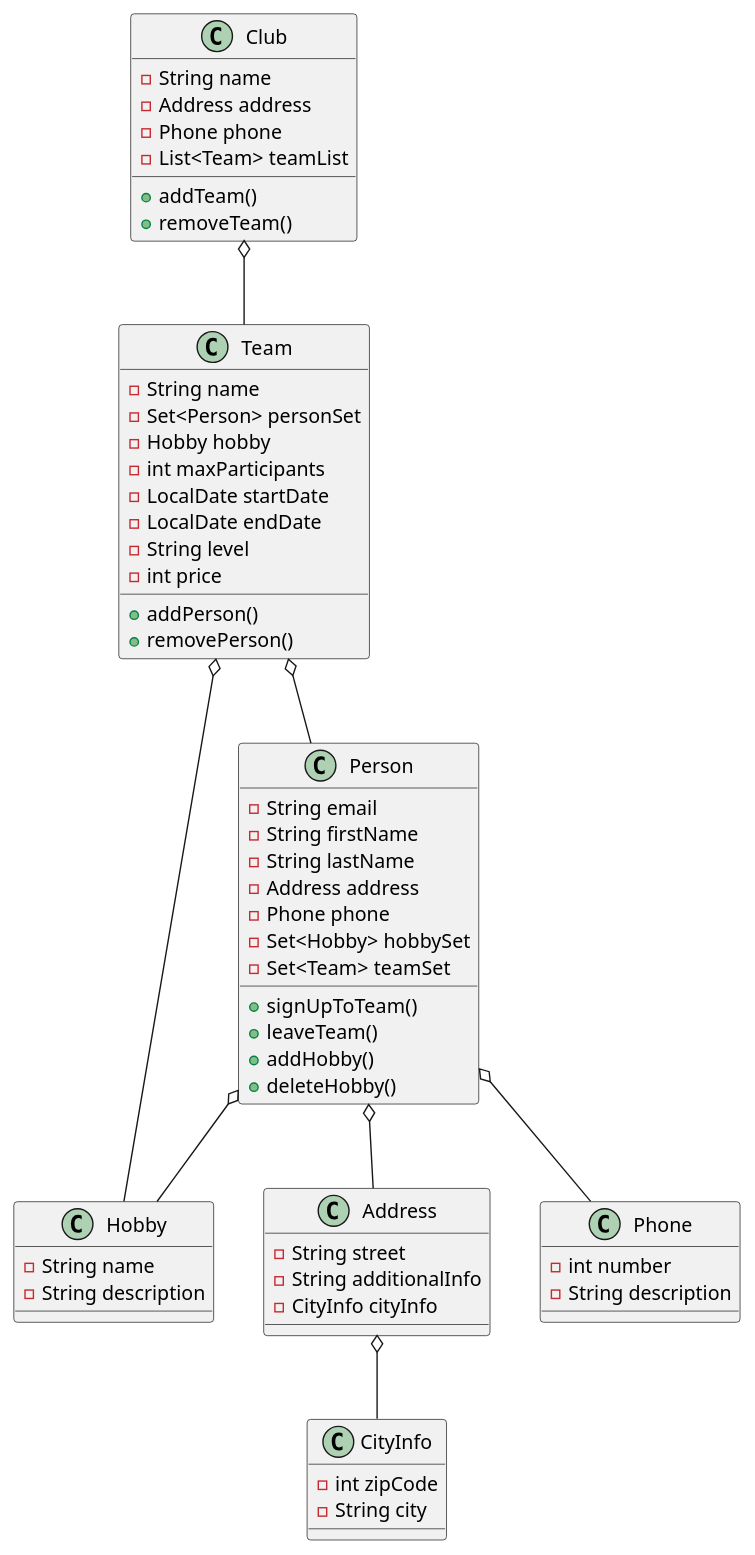
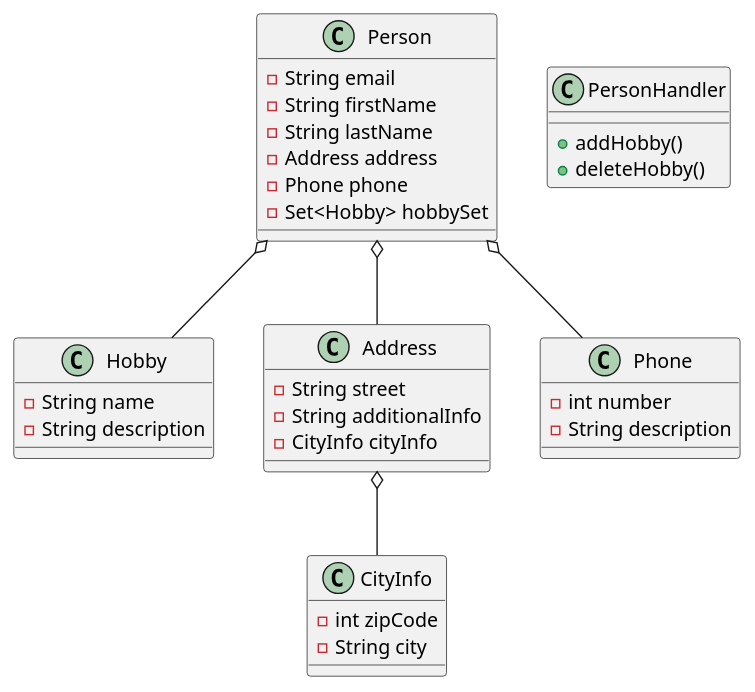
Before and after one commit to betuliskender/CA-1: the diagram in src/main/resources/diagrams/classdiagram.puml, drawn with PlantUML. The commit also changed 1 other file, not shown here.

Commit message:
added new classdiagram

```diff
--- a/src/main/resources/diagrams/classdiagram.puml
+++ b/src/main/resources/diagrams/classdiagram.puml
@@ -1,63 +1,38 @@
 @startuml
 
 class Hobby
 class Person
 class Address
 class CityInfo
 class Phone
-class Club
-class Team
+class PersonHandler
 
 Hobby : - String name
 Hobby : - String description
-
 
 Person : - String email
 Person : - String firstName
 Person : - String lastName
 Person : - Address address
 Person : - Phone phone
 Person : - Set<Hobby> hobbySet
-Person : - Set<Team> teamSet
-Person : + signUpToTeam()
-Person : + leaveTeam()
-Person : + addHobby()
-Person : + deleteHobby()
+
+PersonHandler : + addHobby()
+PersonHandler : + deleteHobby()
 
 Address : - String street
 Address : - String additionalInfo
 Address : - CityInfo cityInfo
 
 CityInfo : - int zipCode
 CityInfo : - String city
 
 Phone : - int number
 Phone : - String description
 
-Club : - String name
-Club : - Address address
-Club : - Phone phone
-Club : - List<Team> teamList
-Club : + addTeam()
-Club : + removeTeam()
-
-Team : - String name
-Team : - Set<Person> personSet
-Team : - Hobby hobby
-Team : - int maxParticipants
-Team : - LocalDate startDate
-Team : - LocalDate endDate
-Team : - String level
-Team : - int price
-Team : + addPerson()
-Team : + removePerson()
-
 Person o-- Hobby
 Person o-- Address
 Address o-- CityInfo
 Person o-- Phone
-Club o-- Team
-Team o-- Hobby
-Team o-- Person
 
 @enduml
```
